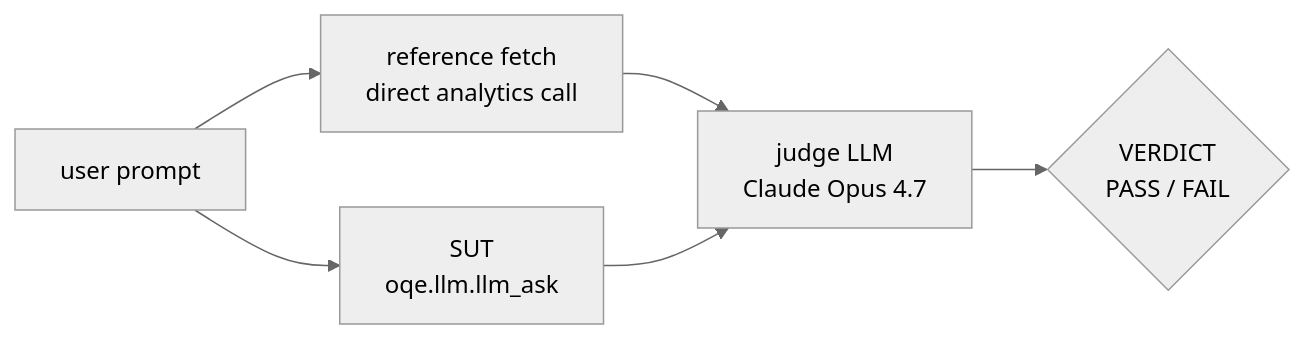
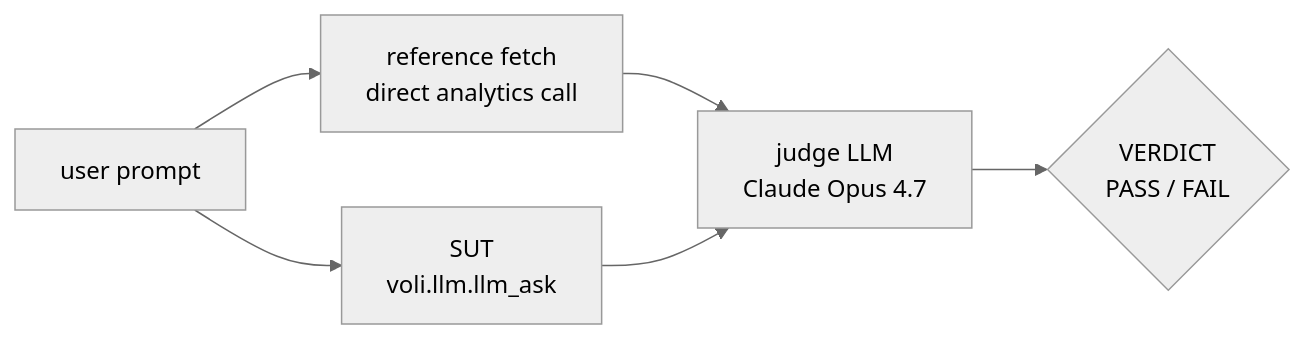
Before and after one commit to playforest/voli: the diagram in docs/eval/llm-eval.md, drawn with Mermaid (neutral theme). The commit also changed other lines of this file and 170 other files, not shown here.

````diff
--- a/docs/eval/llm-eval.md
+++ b/docs/eval/llm-eval.md
@@ -29,8 +29,8 @@
 ``` mermaid
 flowchart LR
     P[user prompt] --> A[reference fetch<br/>direct analytics call]
-    P --> B[SUT<br/>oqe.llm.llm_ask]
+    P --> B[SUT<br/>voli.llm.llm_ask]
     A --> J[judge LLM<br/>Claude Opus 4.7]
     B --> J
     J --> V{VERDICT<br/>PASS / FAIL}
 ```
````
